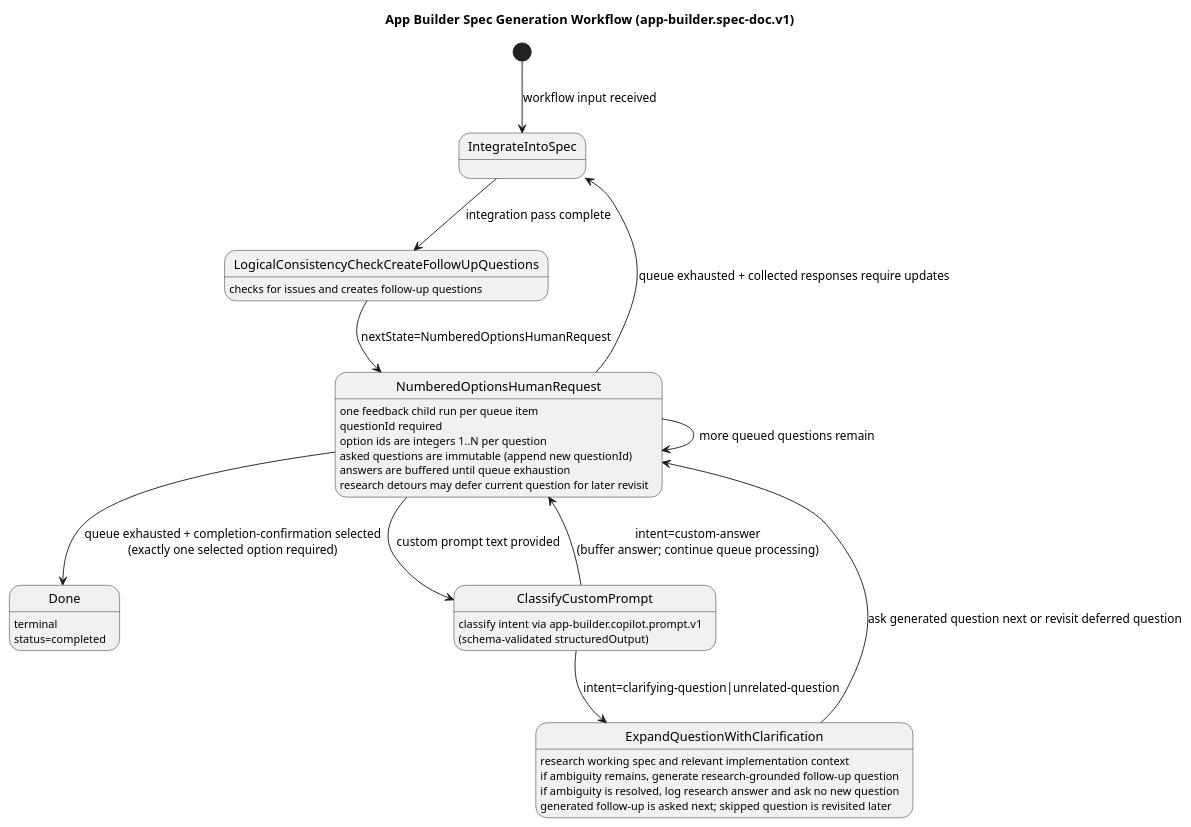
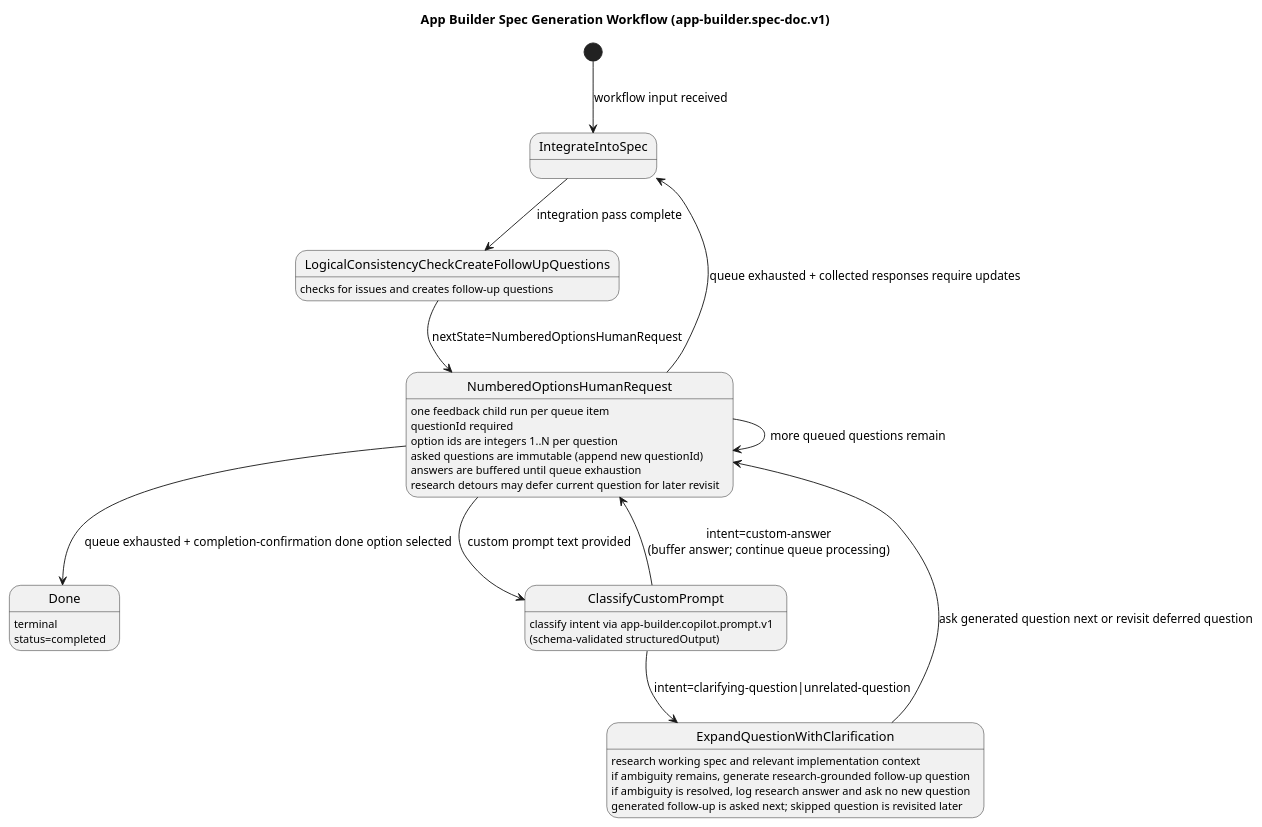
One commit to huntj88/ComposableWorkflow changed the diagram in packages/workflow-app-builder/docs/spec-doc-generation-workflow.md. Above: the diagram before and after it, drawn with PlantUML. The commit also changed other lines of this file and 16 other files, not shown here.

````diff
--- a/packages/workflow-app-builder/docs/spec-doc-generation-workflow.md
+++ b/packages/workflow-app-builder/docs/spec-doc-generation-workflow.md
@@ -77,39 +77,39 @@
 ```plantuml
 @startuml
 title App Builder Spec Generation Workflow (app-builder.spec-doc.v1)
 
 [*] --> IntegrateIntoSpec : workflow input received
 IntegrateIntoSpec --> LogicalConsistencyCheckCreateFollowUpQuestions : integration pass complete
 
 LogicalConsistencyCheckCreateFollowUpQuestions : checks for issues and creates follow-up questions
 LogicalConsistencyCheckCreateFollowUpQuestions --> NumberedOptionsHumanRequest : nextState=NumberedOptionsHumanRequest
 
 NumberedOptionsHumanRequest : one feedback child run per queue item
 NumberedOptionsHumanRequest : questionId required
 NumberedOptionsHumanRequest : option ids are integers 1..N per question
 NumberedOptionsHumanRequest : asked questions are immutable (append new questionId)
 NumberedOptionsHumanRequest : answers are buffered until queue exhaustion
 NumberedOptionsHumanRequest : research detours may defer current question for later revisit
 
 NumberedOptionsHumanRequest --> NumberedOptionsHumanRequest : more queued questions remain
-NumberedOptionsHumanRequest --> Done : queue exhausted + completion-confirmation selected\n(exactly one selected option required)
+NumberedOptionsHumanRequest --> Done : queue exhausted + completion-confirmation done option selected
 NumberedOptionsHumanRequest --> IntegrateIntoSpec : queue exhausted + collected responses require updates
 NumberedOptionsHumanRequest --> ClassifyCustomPrompt : custom prompt text provided
 
 state ClassifyCustomPrompt
 ClassifyCustomPrompt : classify intent via app-builder.copilot.prompt.v1\n(schema-validated structuredOutput)
 
 ClassifyCustomPrompt --> ExpandQuestionWithClarification : intent=clarifying-question|unrelated-question
 ClassifyCustomPrompt --> NumberedOptionsHumanRequest : intent=custom-answer\n(buffer answer; continue queue processing)
 
 state ExpandQuestionWithClarification
 ExpandQuestionWithClarification : research working spec and relevant implementation context
 ExpandQuestionWithClarification : if ambiguity remains, generate research-grounded follow-up question
 ExpandQuestionWithClarification : if ambiguity is resolved, log research answer and ask no new question
 ExpandQuestionWithClarification : generated follow-up is asked next; skipped question is revisited later
 
 ExpandQuestionWithClarification --> NumberedOptionsHumanRequest : ask generated question next or revisit deferred question
 
 Done : terminal\nstatus=completed
 @enduml
 ```
````
